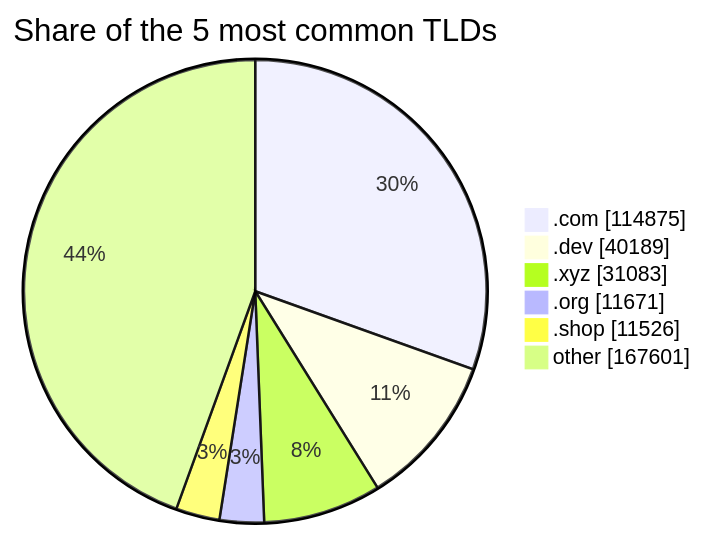
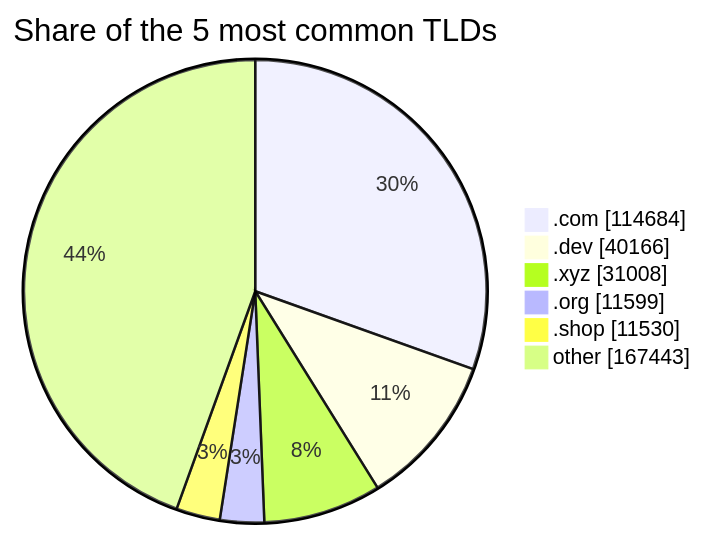
Before and after one commit to DNSBunker/CTI: the third of 3 diagrams in README.md, drawn with Mermaid. The commit also changed other lines of this file and 3 other files, not shown here.

````diff
--- a/README.md
+++ b/README.md
@@ -81,9 +81,9 @@
 ```mermaid
 pie showData title Share of the 5 most common TLDs
-    ".com" : 114875
-    ".dev" : 40189
-    ".xyz" : 31083
-    ".org" : 11671
-    ".shop" : 11526
-    "other" : 167601
+    ".com" : 114684
+    ".dev" : 40166
+    ".xyz" : 31008
+    ".org" : 11599
+    ".shop" : 11530
+    "other" : 167443
 ```
````
